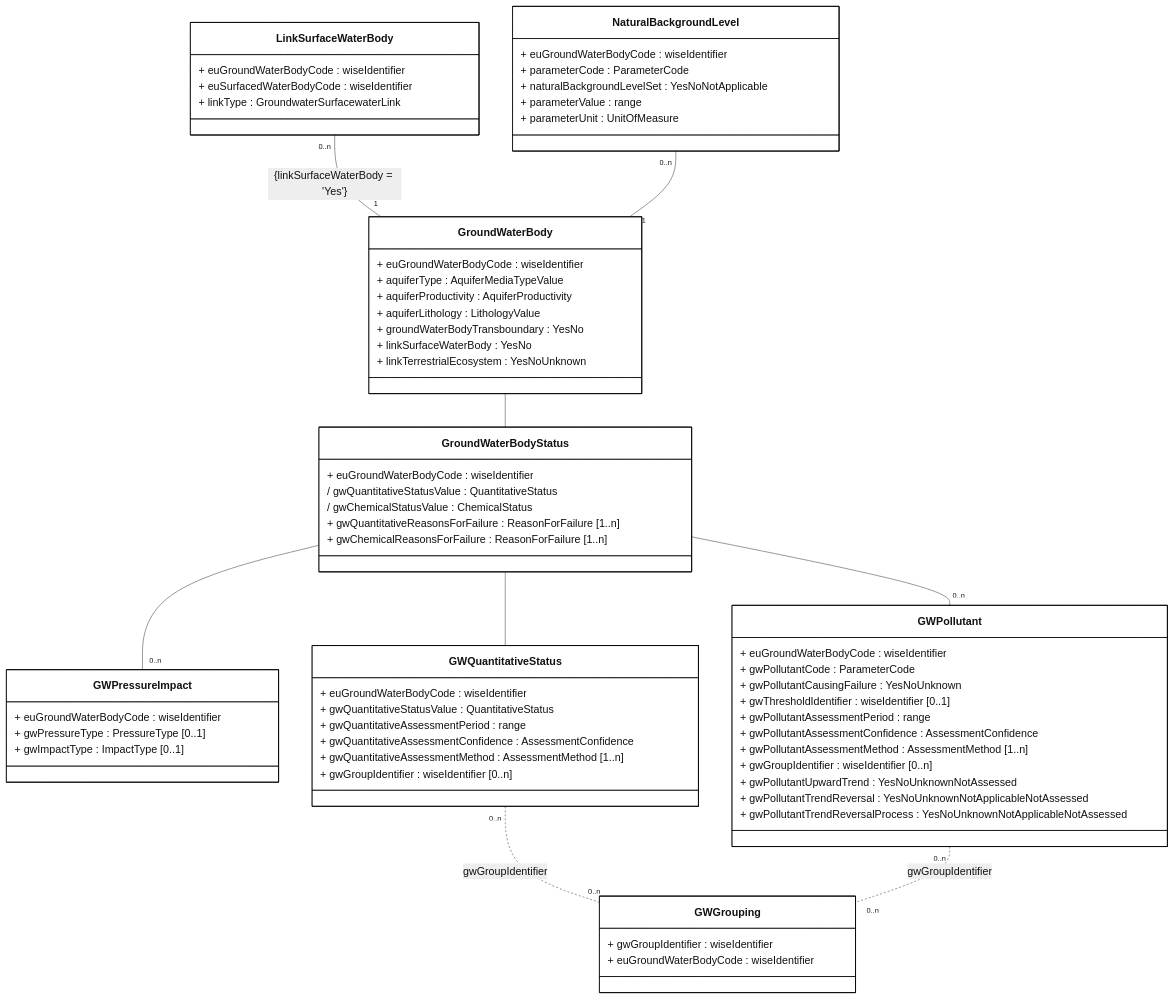
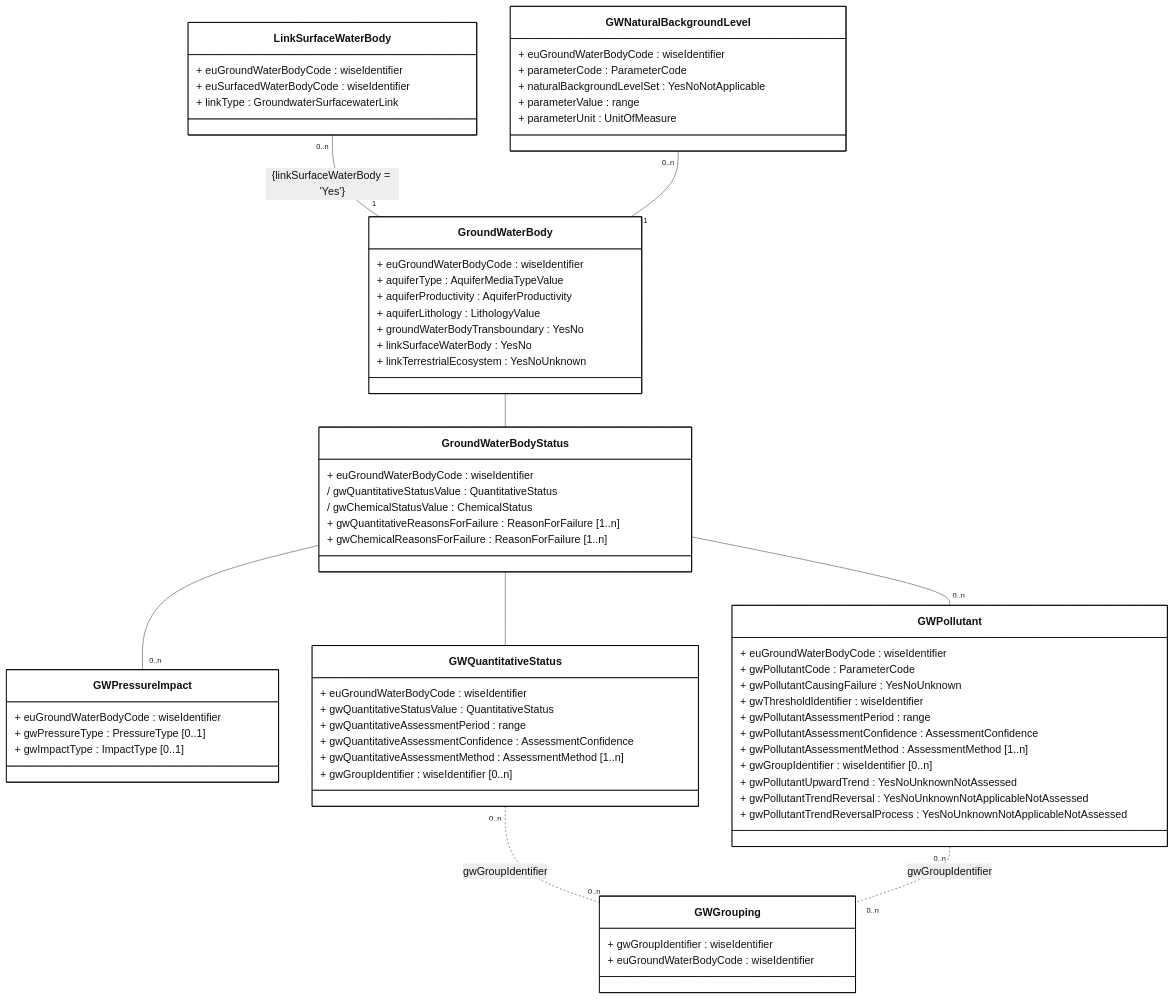
Before and after one commit to eeadata/WISE.WFD.Documentation: the diagram in docs/DataModelReview/mmd/Groundwater_DescriptiveData_4thCycle_ClassDiagram.mmd, drawn with Mermaid. The commit also changed 3 other files, not shown here.

Commit message:
Groundwater methodologies

```diff
--- a/docs/DataModelReview/mmd/Groundwater_DescriptiveData_4thCycle_ClassDiagram.mmd
+++ b/docs/DataModelReview/mmd/Groundwater_DescriptiveData_4thCycle_ClassDiagram.mmd
@@ -1,94 +1,99 @@
 ---
 config:
   class:
     hideEmptyMembersBox: true
   layout: dagre
   theme: neutral
+  themeVariables:
+    noteBkgColor: LightYellow
+    noteTextColor: black 
 ---
 classDiagram
 direction TB
 
 class LinkSurfaceWaterBody{
     + euGroundWaterBodyCode : wiseIdentifier
     + euSurfacedWaterBodyCode : wiseIdentifier
     + linkType : GroundwaterSurfacewaterLink
 }
 
-class NaturalBackgroundLevel{
+class GWNaturalBackgroundLevel{
     + euGroundWaterBodyCode : wiseIdentifier
     + parameterCode : ParameterCode
     + naturalBackgroundLevelSet : YesNoNotApplicable
     + parameterValue : range  
     + parameterUnit : UnitOfMeasure
 }
 
 class GroundWaterBody{
     + euGroundWaterBodyCode : wiseIdentifier
     + aquiferType : AquiferMediaTypeValue
     + aquiferProductivity : AquiferProductivity
     + aquiferLithology : LithologyValue
     + groundWaterBodyTransboundary : YesNo
     + linkSurfaceWaterBody : YesNo
     + linkTerrestrialEcosystem : YesNoUnknown
 }
 
 class GWPressureImpact{
     + euGroundWaterBodyCode : wiseIdentifier
     + gwPressureType : PressureType [0..1]
     + gwImpactType : ImpactType  [0..1]
 }
 
 class GWQuantitativeStatus{
     + euGroundWaterBodyCode : wiseIdentifier
     + gwQuantitativeStatusValue : QuantitativeStatus
     + gwQuantitativeAssessmentPeriod : range
     + gwQuantitativeAssessmentConfidence : AssessmentConfidence
     + gwQuantitativeAssessmentMethod : AssessmentMethod [1..n]
     + gwGroupIdentifier : wiseIdentifier [0..n]
 }
 
 class GroundWaterBodyStatus{
     
     + euGroundWaterBodyCode : wiseIdentifier
     / gwQuantitativeStatusValue : QuantitativeStatus
     / gwChemicalStatusValue : ChemicalStatus
 
     + gwQuantitativeReasonsForFailure : ReasonForFailure [1..n]
     + gwChemicalReasonsForFailure : ReasonForFailure [1..n]
 } 
 
 class GWPollutant{
     + euGroundWaterBodyCode : wiseIdentifier
     + gwPollutantCode : ParameterCode
     + gwPollutantCausingFailure : YesNoUnknown
-    + gwThresholdIdentifier : wiseIdentifier [0..1]
+    + gwThresholdIdentifier : wiseIdentifier
 
     + gwPollutantAssessmentPeriod : range
     + gwPollutantAssessmentConfidence : AssessmentConfidence 
     + gwPollutantAssessmentMethod : AssessmentMethod [1..n]
     
     + gwGroupIdentifier : wiseIdentifier [0..n]
 
     + gwPollutantUpwardTrend : YesNoUnknownNotAssessed
     + gwPollutantTrendReversal : YesNoUnknownNotApplicableNotAssessed
     + gwPollutantTrendReversalProcess : YesNoUnknownNotApplicableNotAssessed
 }
 
 class GWGrouping{
     + gwGroupIdentifier : wiseIdentifier
     + euGroundWaterBodyCode : wiseIdentifier
 }
 
 GroundWaterBody -- GroundWaterBodyStatus    
 GroundWaterBodyStatus --  GWQuantitativeStatus
 GroundWaterBodyStatus -- "0..n" GWPollutant
 GroundWaterBodyStatus -- "0..n" GWPressureImpact
 
 GWQuantitativeStatus "0..n" .. "0..n" GWGrouping : gwGroupIdentifier
 GWPollutant "0..n" .. "0..n" GWGrouping : gwGroupIdentifier
 
 LinkSurfaceWaterBody "0..n" -- "1" GroundWaterBody : {linkSurfaceWaterBody = 'Yes'}
-NaturalBackgroundLevel "0..n" -- "1" GroundWaterBody
+GWNaturalBackgroundLevel "0..n" -- "1" GroundWaterBody
+
+%% note for GWPollutant "GroundwaterMethodologies::ThresholdValue.gwThresholdIdentifier"
 
 classDef default fill:white,stroke:#000;
 classDef forFixing fill:white,stroke:#f00;
```
